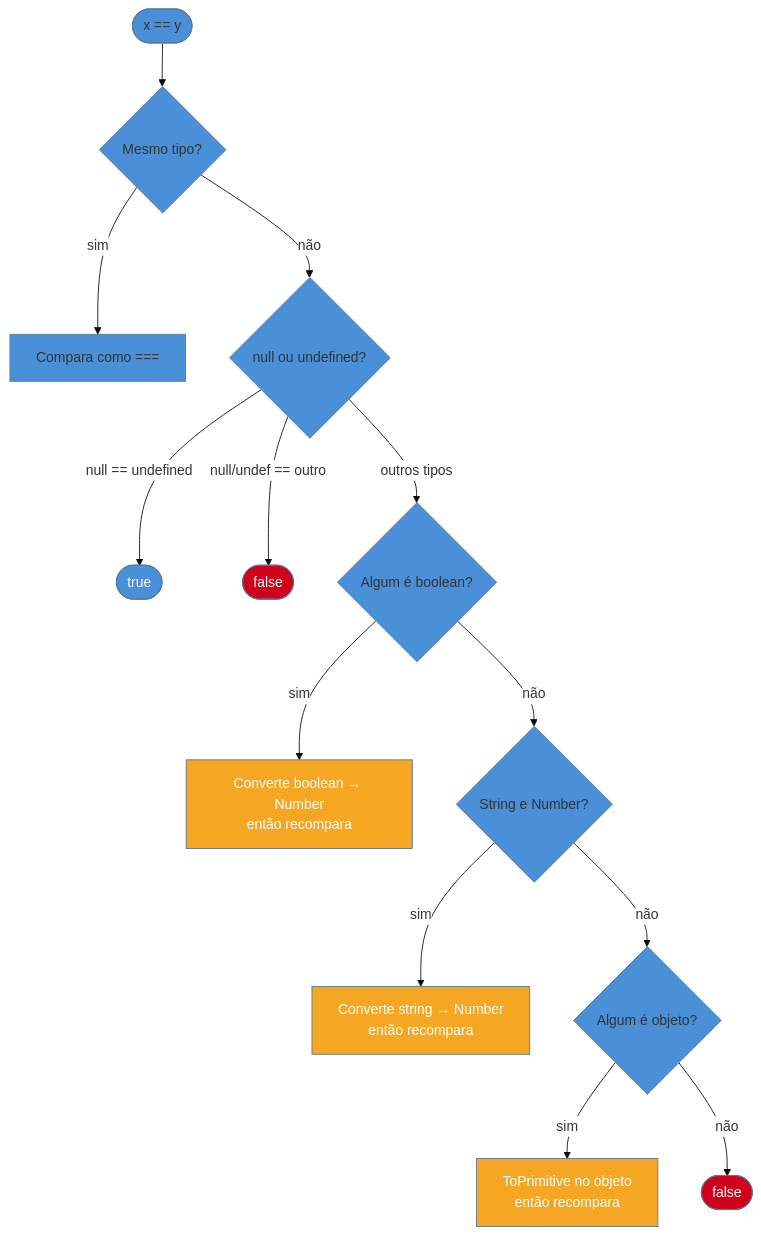
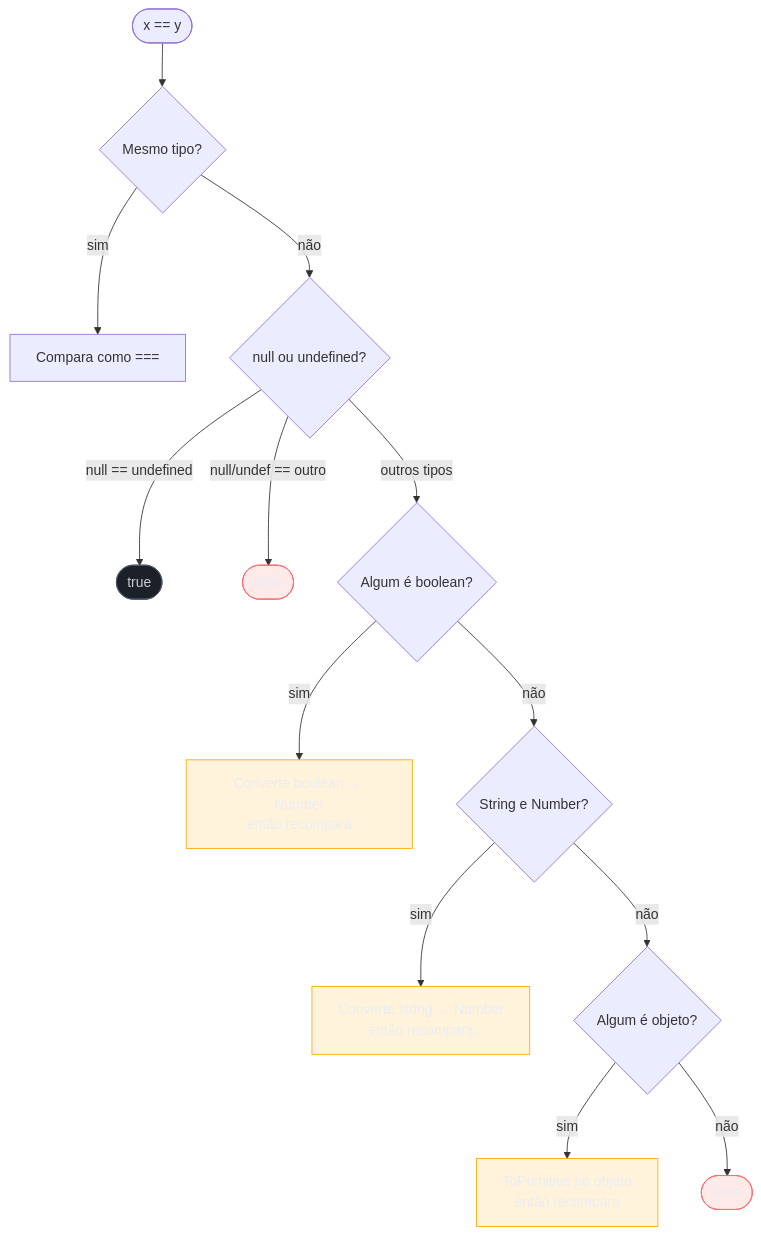
The diagram in 03-Dominios/Tecnologia/JavaScript/03 - Coerção e igualdade.md (josenaldo/codex-technomanticus), drawn with Mermaid before and after one commit. The commit also changed 1181 other files, not shown here.

First line of the commit message:
fix(diagramas): paleta do sistema no lugar de cor cravada no markdown

````diff
--- a/03-Dominios/Tecnologia/JavaScript/03 - Coerção e igualdade.md
+++ b/03-Dominios/Tecnologia/JavaScript/03 - Coerção e igualdade.md
@@ -182,23 +182,25 @@
 ```mermaid
-%%{init: {"theme": "base", "themeVariables": {"primaryColor": "#4A90D9", "edgeLabelBackground": "#ffffff"}}}%%
 flowchart TD
+    classDef neutro fill:#1B2029,stroke:#4E5666,color:#C6CCD8
+    classDef falha fill:#FF6B6B24,stroke:#FF6B6B,color:#E9ECF2
+    classDef destaque fill:#FFAA0024,stroke:#FFAA00,color:#E9ECF2
     START([x == y]) --> SAMETYPE{Mesmo tipo?}
     SAMETYPE -->|sim| STRICT[Compara como ===]
     SAMETYPE -->|não| NULLCHECK{null ou undefined?}
     NULLCHECK -->|null == undefined| TRUE([true])
     NULLCHECK -->|null/undef == outro| FALSE([false])
     NULLCHECK -->|outros tipos| BOOLCHECK{Algum é boolean?}
     BOOLCHECK -->|sim| TONUMBER1[Converte boolean → Number\nentão recompara]
     BOOLCHECK -->|não| STRNUM{String e Number?}
     STRNUM -->|sim| TONUMBER2[Converte string → Number\nentão recompara]
     STRNUM -->|não| OBJCHECK{Algum é objeto?}
     OBJCHECK -->|sim| TOPRIM[ToPrimitive no objeto\nentão recompara]
     OBJCHECK -->|não| FALSE2([false])
 
-    style TRUE fill:#4A90D9,color:#fff
-    style FALSE fill:#D0021B,color:#fff
-    style FALSE2 fill:#D0021B,color:#fff
-    style TONUMBER1 fill:#F5A623,color:#fff
-    style TONUMBER2 fill:#F5A623,color:#fff
-    style TOPRIM fill:#F5A623,color:#fff
+    class TRUE neutro
+    class FALSE falha
+    class FALSE2 falha
+    class TONUMBER1 destaque
+    class TONUMBER2 destaque
+    class TOPRIM destaque
 ```
````
